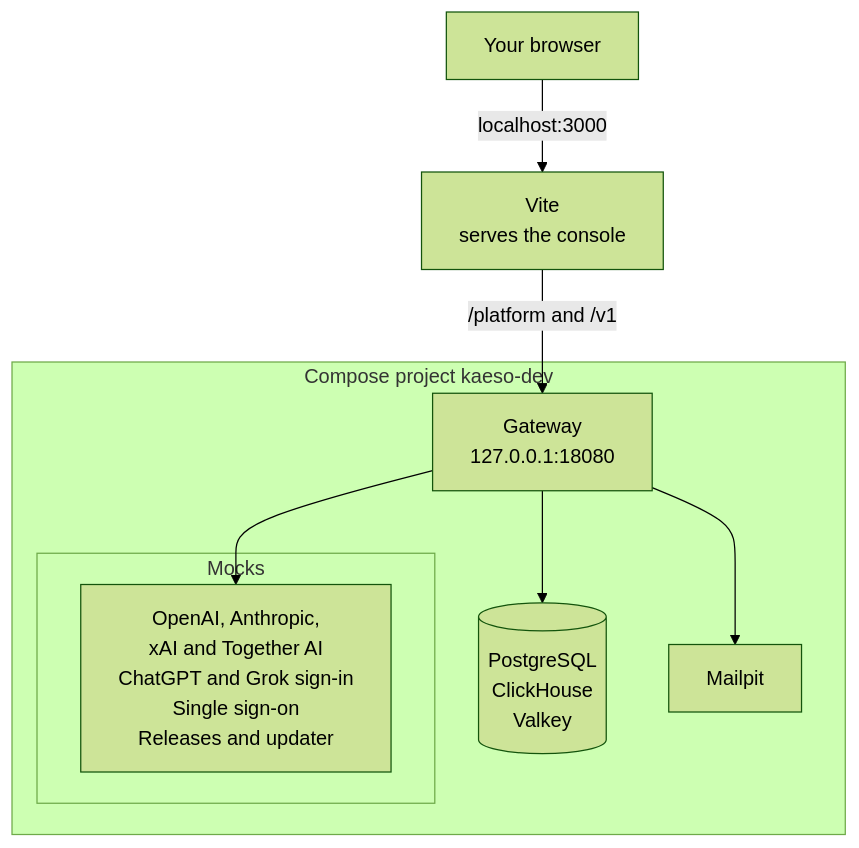
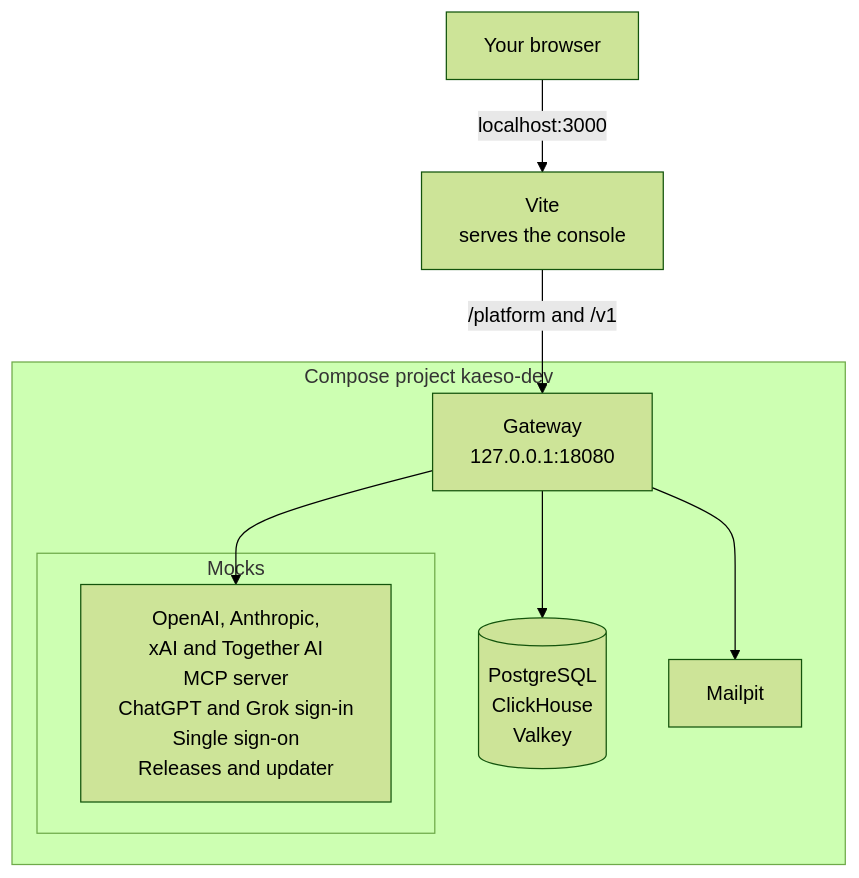
Before and after one commit to logicplanes/kaeso: the diagram in apps/docs/content/en/development/stack.md, drawn with Mermaid (forest theme). The commit also changed other lines of this file and 33 other files, not shown here.

First line of the commit message:
Kaeso reaches remote MCP servers over Streamable HTTP, only on networks you allow

````diff
--- a/apps/docs/content/en/development/stack.md
+++ b/apps/docs/content/en/development/stack.md
@@ -9,18 +9,18 @@
 ```mermaid
 flowchart TD
   accTitle: The development stack
-  accDescr: Your browser opens Vite on localhost:3000, which serves the console and sends /platform and /v1 on to the gateway on 127.0.0.1:18080. The gateway runs in the Compose project kaeso-dev with PostgreSQL, ClickHouse and Valkey, and calls the mock providers, the mock ChatGPT and Grok sign-in, the mock single sign-on, the mock releases and updater, and Mailpit.
+  accDescr: Your browser opens Vite on localhost:3000, which serves the console and sends /platform and /v1 on to the gateway on 127.0.0.1:18080. The gateway runs in the Compose project kaeso-dev with PostgreSQL, ClickHouse and Valkey, and calls the mock providers, the mock MCP server, the mock ChatGPT and Grok sign-in, the mock single sign-on, the mock releases and updater, and Mailpit.
   browser[Your browser]:::outside -- localhost:3000 --> vite[Vite<br>serves the console]
   vite -- /platform and /v1 --> gateway
   subgraph stack [Compose project kaeso-dev]
     gateway[Gateway<br>127.0.0.1:18080]:::accent
     data[(PostgreSQL<br>ClickHouse<br>Valkey)]
     subgraph mock [Mocks]
-      mocks[OpenAI, Anthropic,<br>xAI and Together AI<br>ChatGPT and Grok sign-in<br>Single sign-on<br>Releases and updater]
+      mocks[OpenAI, Anthropic,<br>xAI and Together AI<br>MCP server<br>ChatGPT and Grok sign-in<br>Single sign-on<br>Releases and updater]
     end
     mail[Mailpit]
   end
   gateway --> data
   gateway --> mocks
   gateway --> mail
 ```
````
